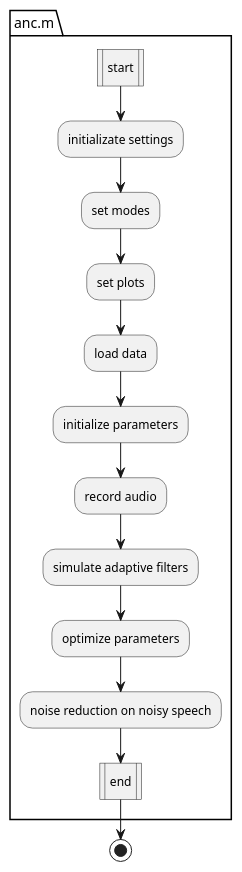
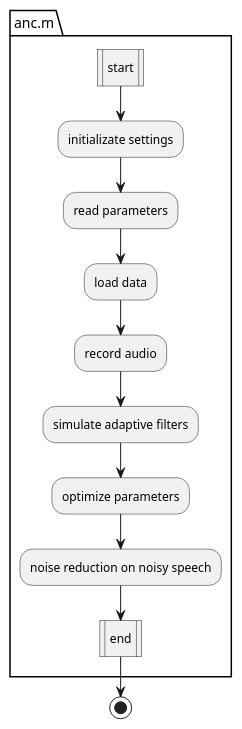
The diagram in flowchart.wsd (Aketirani/active-noise-cancellation), drawn with PlantUML before and after one commit. The commit also changed 7 other files, not shown here.

```diff
--- a/flowchart.wsd
+++ b/flowchart.wsd
@@ -1,17 +1,15 @@
 @startuml Pipeline Flowchart
 |ANC|
 package "anc.m" {
     :start|
     :initializate settings;
-    :set modes;
-    :set plots;
+    :read parameters;
     :load data;
-    :initialize parameters;
     :record audio;
     :simulate adaptive filters;
     :optimize parameters;
     :noise reduction on noisy speech;
     :end|
 }
 stop
 @enduml
```
